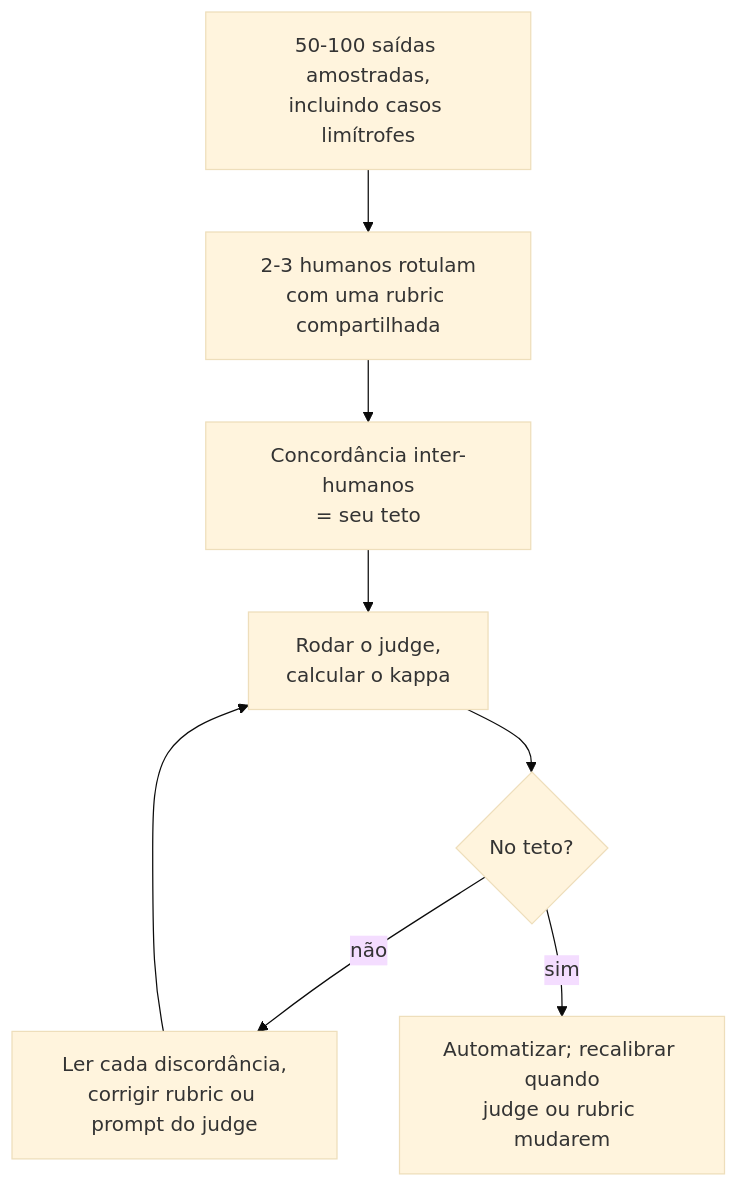
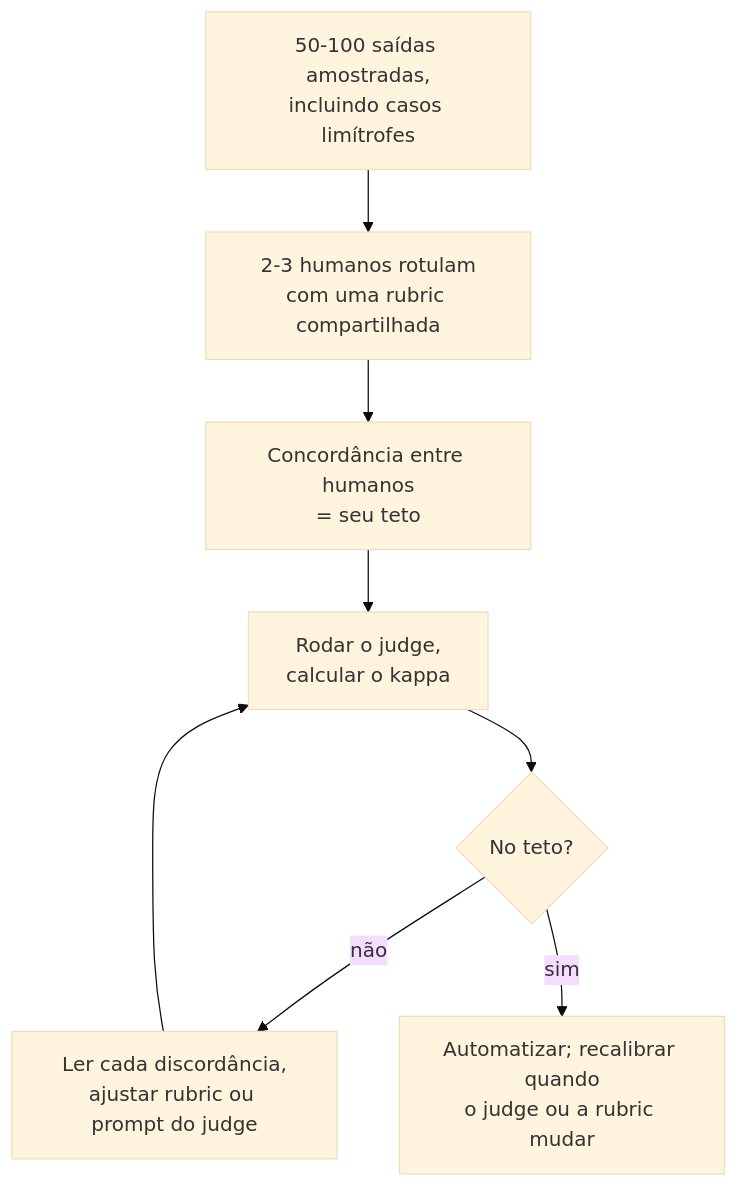
Before and after one commit to andrevberaldo/AI-Engineer-Interview-Questions: the eighth of 28 diagrams in 07-evaluation-and-observability/questions.pt-BR.md, drawn with Mermaid (base theme). The commit also changed other lines of this file and 1 other file, not shown here.

````diff
--- a/07-evaluation-and-observability/questions.pt-BR.md
+++ b/07-evaluation-and-observability/questions.pt-BR.md
@@ -451,10 +451,10 @@
 ```mermaid
 flowchart TD
     S["50-100 saídas amostradas,<br/>incluindo casos limítrofes"] --> H["2-3 humanos rotulam<br/>com uma rubric compartilhada"]
-    H --> C["Concordância inter-humanos<br/>= seu teto"]
+    H --> C["Concordância entre humanos<br/>= seu teto"]
     C --> J["Rodar o judge,<br/>calcular o kappa"]
     J --> D{"No teto?"}
-    D -->|"não"| F["Ler cada discordância,<br/>corrigir rubric ou prompt do judge"]
+    D -->|"não"| F["Ler cada discordância,<br/>ajustar rubric ou prompt do judge"]
     F --> J
-    D -->|"sim"| A["Automatizar; recalibrar quando<br/>judge ou rubric mudarem"]
+    D -->|"sim"| A["Automatizar; recalibrar quando<br/>o judge ou a rubric mudar"]
 ```
````
